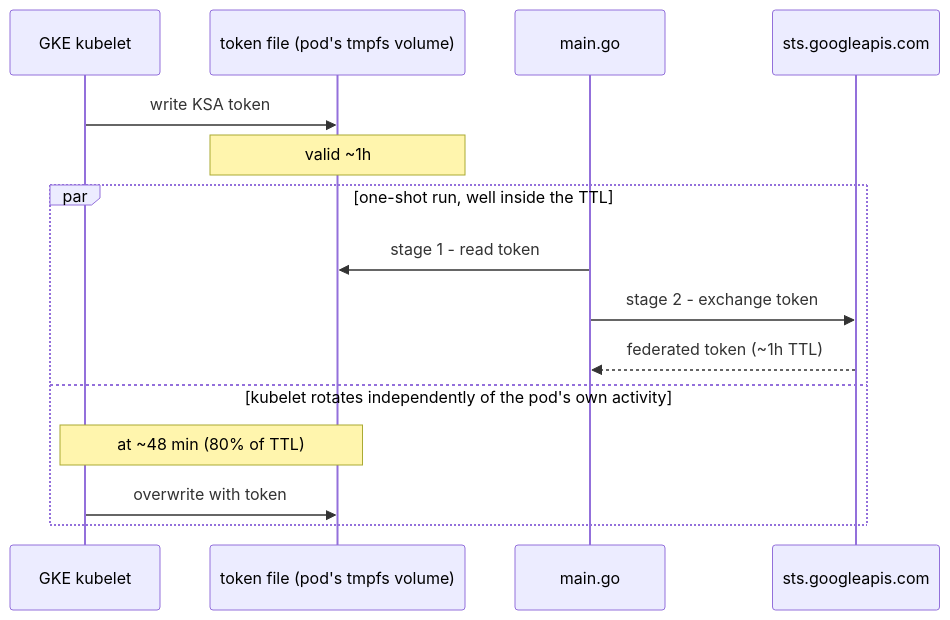
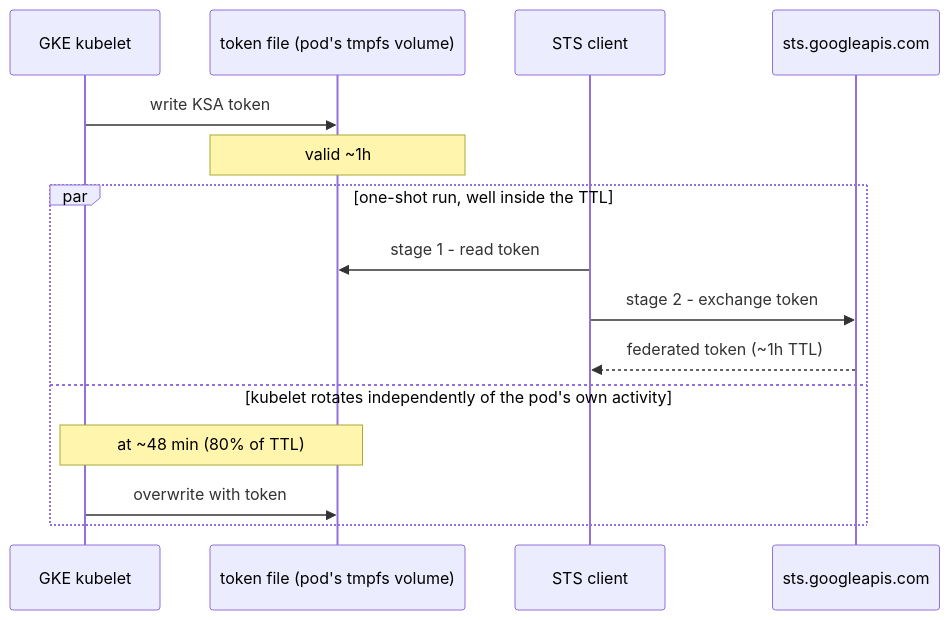
The third of 3 diagrams in README.md (jeremy-desmauts/STS), drawn with Mermaid before and after one commit. The commit also changed other lines of this file, not shown here.

Commit message:
Replace main.go references with generic "STS client" in README

````diff
--- a/README.md
+++ b/README.md
@@ -85,19 +85,19 @@
 ```mermaid
 sequenceDiagram
     participant Kubelet as GKE kubelet
     participant File as token file (pod's tmpfs volume)
-    participant Pod as main.go
+    participant Pod as STS client
     participant STS as sts.googleapis.com
 
     Kubelet->>File: write KSA token #1 (aud=CUSTOM_AUDIENCE, TTL=1h)
     Note over File: valid ~1h
 
     par one-shot run, well inside the TTL
         Pod->>File: stage 1 - read token
         Pod->>STS: stage 2 - exchange token #1
         STS-->>Pod: federated token (~1h TTL)
     and kubelet rotates independently of the pod's own activity
         Note over Kubelet,File: at ~48 min (80% of TTL)
         Kubelet->>File: overwrite with token #2 (fresh 1h TTL)
     end
 ```
````
